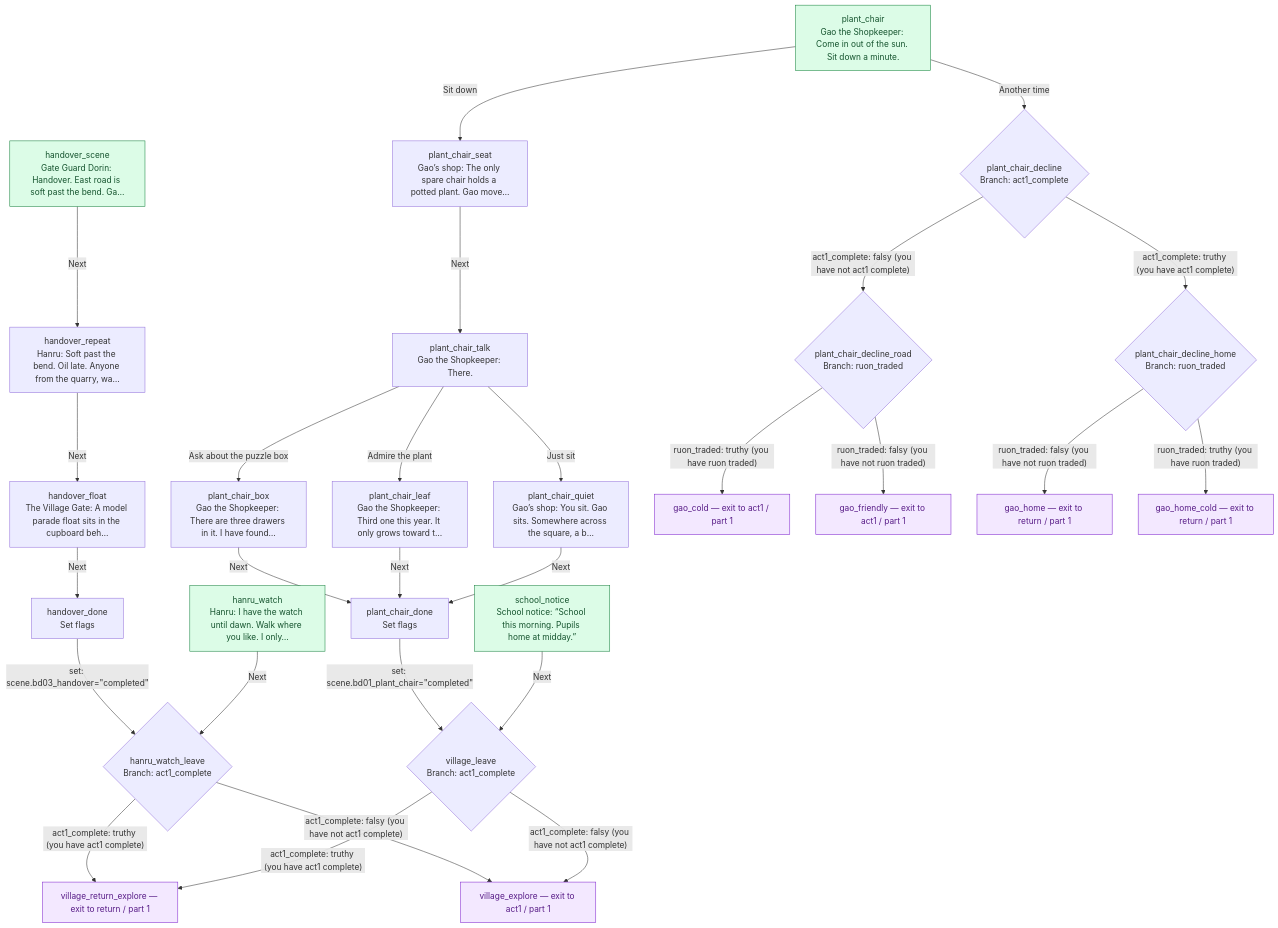
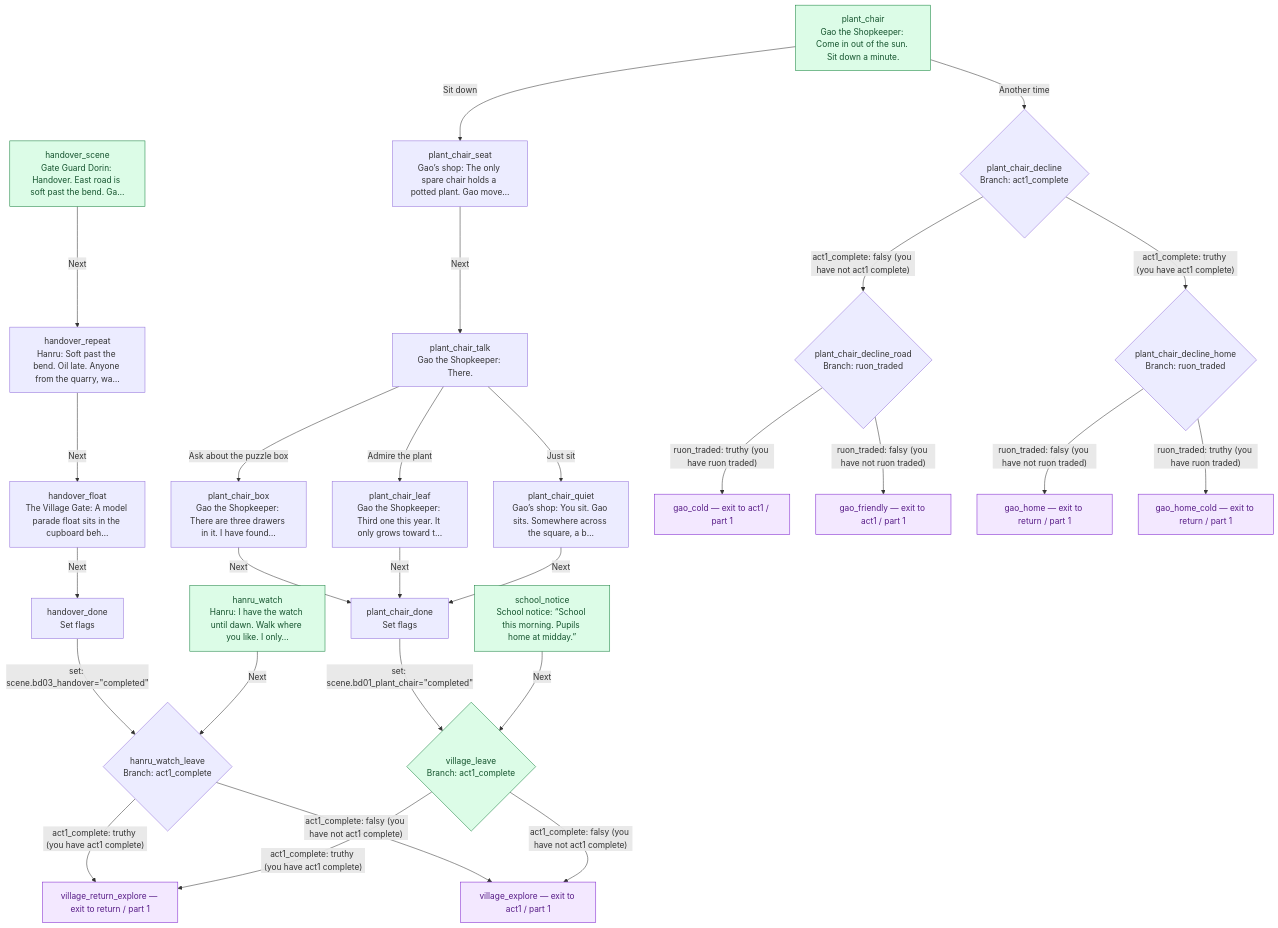
Before and after one commit to jaredbahr/Avatarrpg: the diagram in docs/story/ba-dan-day.md, drawn with Mermaid. The commit also changed 12 other files, not shown here.

````diff
--- a/docs/story/ba-dan-day.md
+++ b/docs/story/ba-dan-day.md
@@ -21,56 +21,56 @@
 ```mermaid
 flowchart TD
   n49["handover_done<br/>Set flags"]
   n50["handover_float<br/>The Village Gate: A model parade float sits in the cupboard beh…"]
   n51["handover_repeat<br/>Hanru: Soft past the bend. Oil late. Anyone from the quarry, wa…"]
   n52["handover_scene<br/>Gate Guard Dorin: Handover. East road is soft past the bend. Ga…"]:::entry
   n53["hanru_watch<br/>Hanru: I have the watch until dawn. Walk where you like. I only…"]:::entry
   n54{"hanru_watch_leave<br/>Branch: act1_complete"}
   n70["plant_chair<br/>Gao the Shopkeeper: Come in out of the sun. Sit down a minute."]:::entry
   n71["plant_chair_box<br/>Gao the Shopkeeper: There are three drawers in it. I have found…"]
   n72{"plant_chair_decline<br/>Branch: act1_complete"}
   n73{"plant_chair_decline_home<br/>Branch: ruon_traded"}
   n74{"plant_chair_decline_road<br/>Branch: ruon_traded"}
   n75["plant_chair_done<br/>Set flags"]
   n76["plant_chair_leaf<br/>Gao the Shopkeeper: Third one this year. It only grows toward t…"]
   n77["plant_chair_quiet<br/>Gao’s shop: You sit. Gao sits. Somewhere across the square, a b…"]
   n78["plant_chair_seat<br/>Gao’s shop: The only spare chair holds a potted plant. Gao move…"]
   n79["plant_chair_talk<br/>Gao the Shopkeeper: There."]
   n101["school_notice<br/>School notice: “School this morning. Pupils home at midday.”"]:::entry
-  n106{"village_leave<br/>Branch: act1_complete"}
+  n120{"village_leave<br/>Branch: act1_complete"}:::entry
   n38["gao_cold — exit to act1 / part 1"]:::external
   n39["gao_friendly — exit to act1 / part 1"]:::external
   n40["gao_home — exit to return / part 1"]:::external
   n41["gao_home_cold — exit to return / part 1"]:::external
-  n105["village_explore — exit to act1 / part 1"]:::external
-  n107["village_return_explore — exit to return / part 1"]:::external
+  n119["village_explore — exit to act1 / part 1"]:::external
+  n121["village_return_explore — exit to return / part 1"]:::external
   n49 -->|"set: scene.bd03_handover=#quot;completed#quot;"| n54
   n50 -->|"Next"| n49
   n51 -->|"Next"| n50
   n52 -->|"Next"| n51
   n53 -->|"Next"| n54
-  n54 -->|"act1_complete: truthy (you have act1 complete)"| n107
-  n54 -->|"act1_complete: falsy (you have not act1 complete)"| n105
+  n54 -->|"act1_complete: truthy (you have act1 complete)"| n121
+  n54 -->|"act1_complete: falsy (you have not act1 complete)"| n119
   n70 -->|"Sit down"| n78
   n70 -->|"Another time"| n72
   n71 -->|"Next"| n75
   n72 -->|"act1_complete: truthy (you have act1 complete)"| n73
   n72 -->|"act1_complete: falsy (you have not act1 complete)"| n74
   n73 -->|"ruon_traded: truthy (you have ruon traded)"| n41
   n73 -->|"ruon_traded: falsy (you have not ruon traded)"| n40
   n74 -->|"ruon_traded: truthy (you have ruon traded)"| n38
   n74 -->|"ruon_traded: falsy (you have not ruon traded)"| n39
-  n75 -->|"set: scene.bd01_plant_chair=#quot;completed#quot;"| n106
+  n75 -->|"set: scene.bd01_plant_chair=#quot;completed#quot;"| n120
   n76 -->|"Next"| n75
   n77 -->|"Next"| n75
   n78 -->|"Next"| n79
   n79 -->|"Admire the plant"| n76
   n79 -->|"Ask about the puzzle box"| n71
   n79 -->|"Just sit"| n77
-  n101 -->|"Next"| n106
-  n106 -->|"act1_complete: truthy (you have act1 complete)"| n107
-  n106 -->|"act1_complete: falsy (you have not act1 complete)"| n105
+  n101 -->|"Next"| n120
+  n120 -->|"act1_complete: truthy (you have act1 complete)"| n121
+  n120 -->|"act1_complete: falsy (you have not act1 complete)"| n119
   classDef entry fill:#dcfce7,stroke:#15803d,color:#14532d
   classDef external fill:#f3e8ff,stroke:#7e22ce,color:#581c87
   classDef continuation fill:#f8fafc,stroke:#475569,color:#0f172a,stroke-dasharray:5 5
 ```
````
